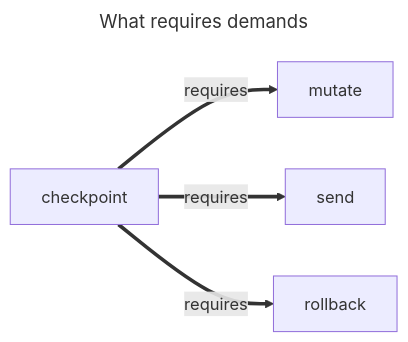
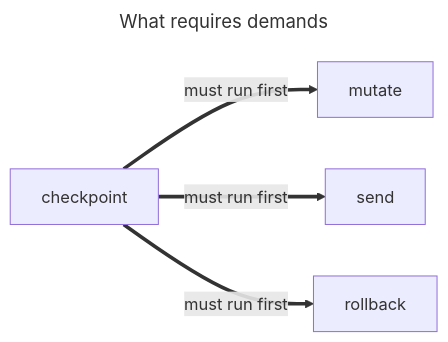
One commit to synaptiai/agent-capability-standard changed the ninth of 10 diagrams in docs/WORKFLOW_PATTERNS.md. Above: the diagram before and after it, drawn with Mermaid. The commit also changed other lines of this file and 1 other file, not shown here.

First line of the commit message:
docs: correct and extend the diagrams in the two guides

````diff
--- a/docs/WORKFLOW_PATTERNS.md
+++ b/docs/WORKFLOW_PATTERNS.md
@@ -620,7 +678,8 @@
 ```mermaid
 ---
 title: What requires demands
 ---
 flowchart LR
-  checkpoint ==>|requires| mutate & send & rollback
+  accDescr: A checkpoint step must run before every mutate, send and rollback step, or the workflow fails with V102.
+  checkpoint ==>|must run first| mutate & send & rollback
 ```
````
